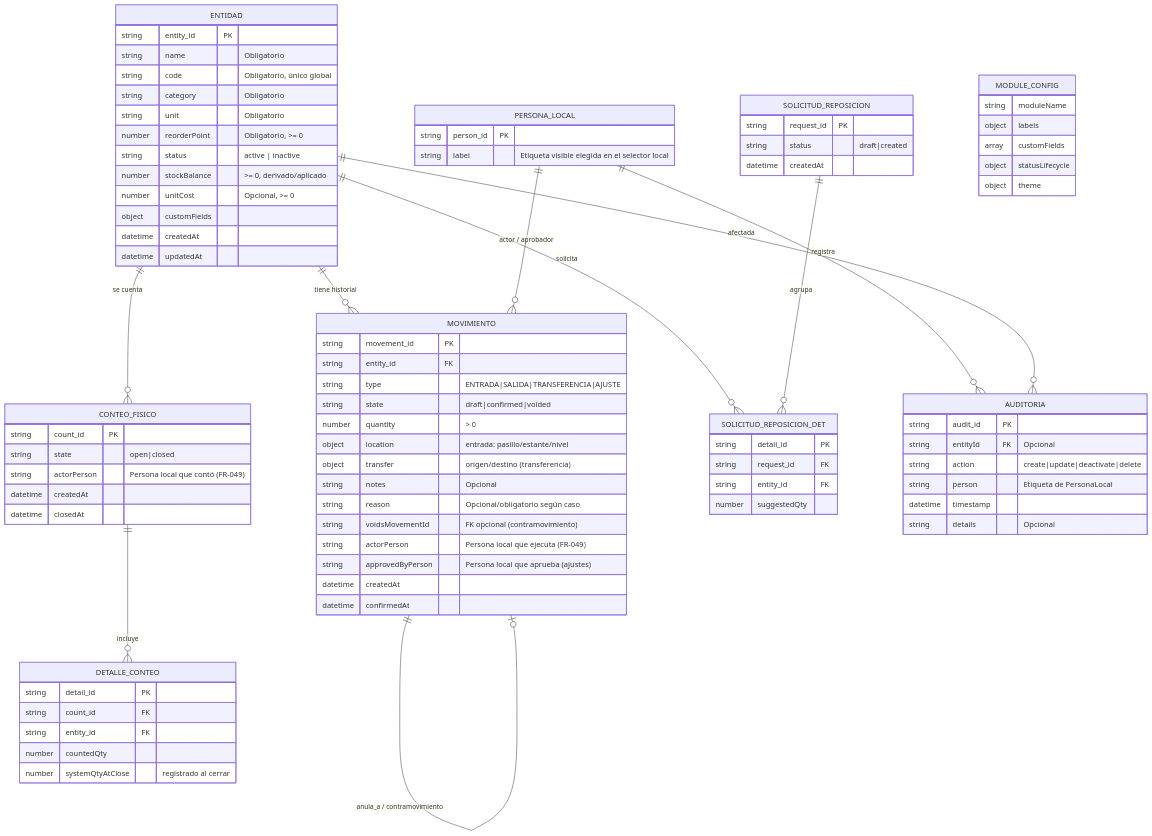
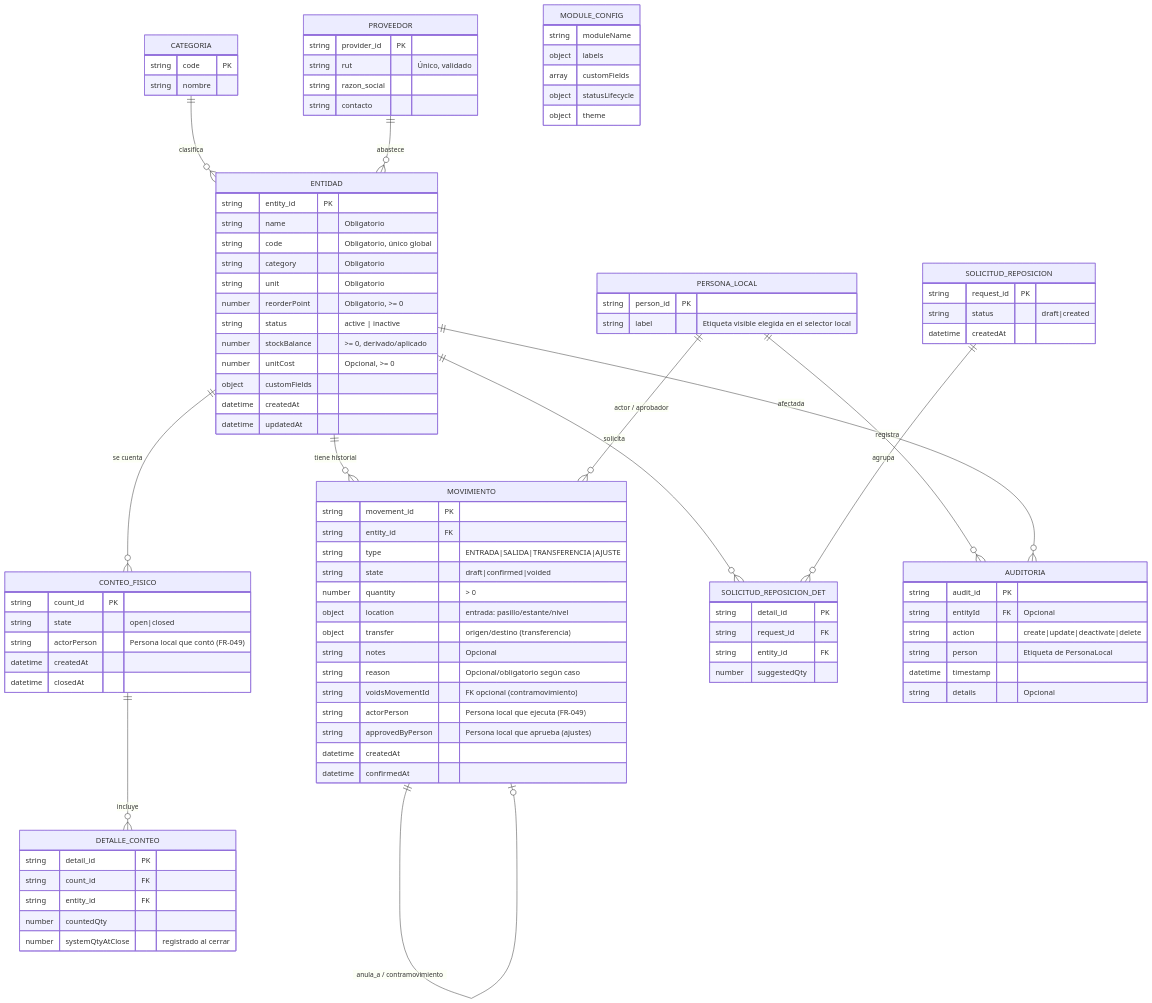
Before and after one commit to MDS-BI/Grupo-03: the diagram in specs/001-erp-base-module/data-model.md, drawn with Mermaid. The commit also changed other lines of this file and 18 other files, not shown here.

````diff
--- a/specs/001-erp-base-module/data-model.md
+++ b/specs/001-erp-base-module/data-model.md
@@ -9,5 +9,7 @@
 ```mermaid
 erDiagram
+    CATEGORIA ||--o{ ENTIDAD : "clasifica"
+    PROVEEDOR ||--o{ ENTIDAD : "abastece"
     ENTIDAD ||--o{ MOVIMIENTO : "tiene historial"
     ENTIDAD ||--o{ CONTEO_FISICO : "se cuenta"
     CONTEO_FISICO ||--o{ DETALLE_CONTEO : "incluye"
@@ -17,6 +19,18 @@
     PERSONA_LOCAL ||--o{ MOVIMIENTO : "actor / aprobador"
     PERSONA_LOCAL ||--o{ AUDITORIA : "registra"
     ENTIDAD ||--o{ AUDITORIA : "afectada"
+
+    CATEGORIA {
+        string code PK
+        string nombre
+    }
+
+    PROVEEDOR {
+        string provider_id PK
+        string rut "Único, validado"
+        string razon_social
+        string contacto
+    }
 
     ENTIDAD {
         string entity_id PK
````
